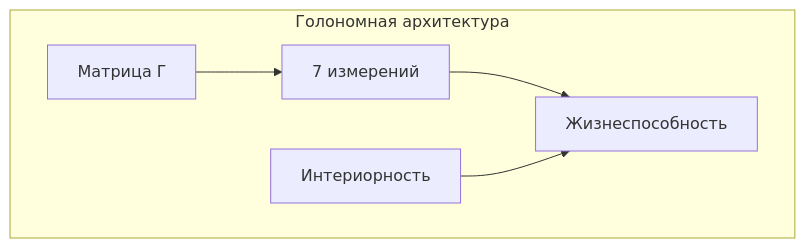
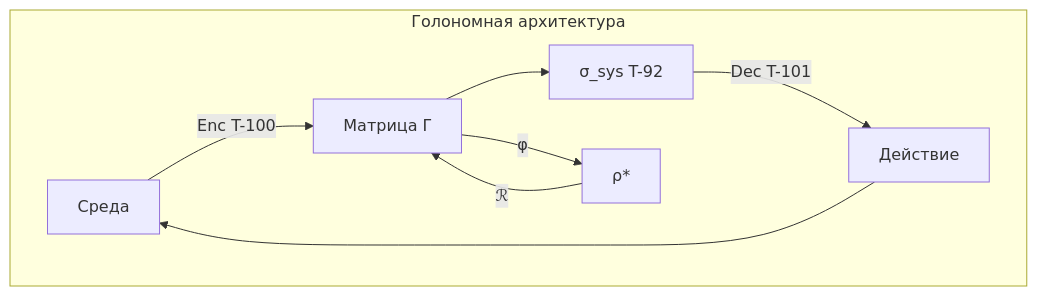
The first of 2 diagrams in website/docs/applied/coherence-cybernetics/applications.md (uhm-theory/holon), drawn with Mermaid before and after one commit. The commit also changed other lines of this file and 26 other files, not shown here.

````diff
--- a/website/docs/applied/coherence-cybernetics/applications.md
+++ b/website/docs/applied/coherence-cybernetics/applications.md
@@ -32,12 +32,11 @@
 ```mermaid
 graph TD
     subgraph "Голономная архитектура"
-        G["Матрица Γ"]
-        S["7 измерений"]
-        V["Жизнеспособность"]
-        I["Интериорность"]
+        ENV["Среда"] -->|Enc T-100| G["Матрица Γ"]
+        G --> SIG["σ_sys T-92"]
+        SIG -->|Dec T-101| ACT["Действие"]
+        ACT --> ENV
+        G -->|φ| RHO["ρ*"]
+        RHO -->|ℛ| G
     end
-    G --> S
-    S --> V
-    I --> V
 ```
````
